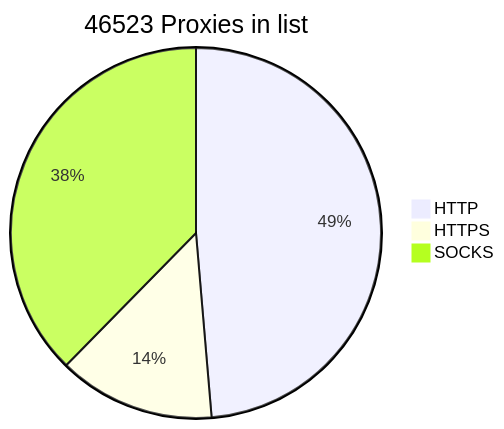
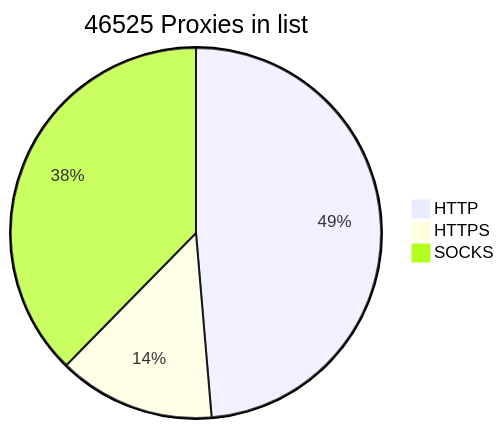
One commit to BlackSnowDot/proxylist-update-every-minute changed the diagram in README.md. Above: the diagram before and after it, drawn with Mermaid.

````diff
--- a/README.md
+++ b/README.md
@@ -2,6 +2,6 @@
 ```mermaid
-pie title 46523 Proxies in list
+pie title 46525 Proxies in list
     "HTTP" : 25203
     "HTTPS": 7094
-    "SOCKS" : 19504
+    "SOCKS" : 19506
 ```
````
